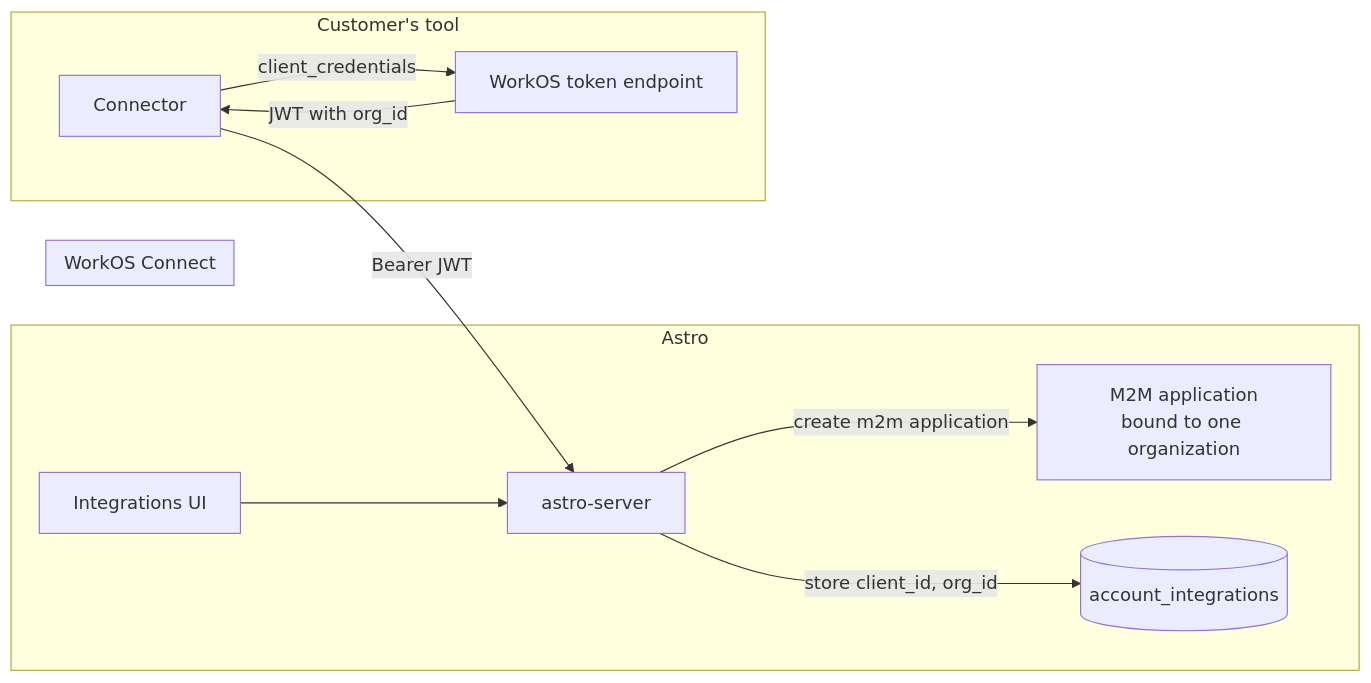
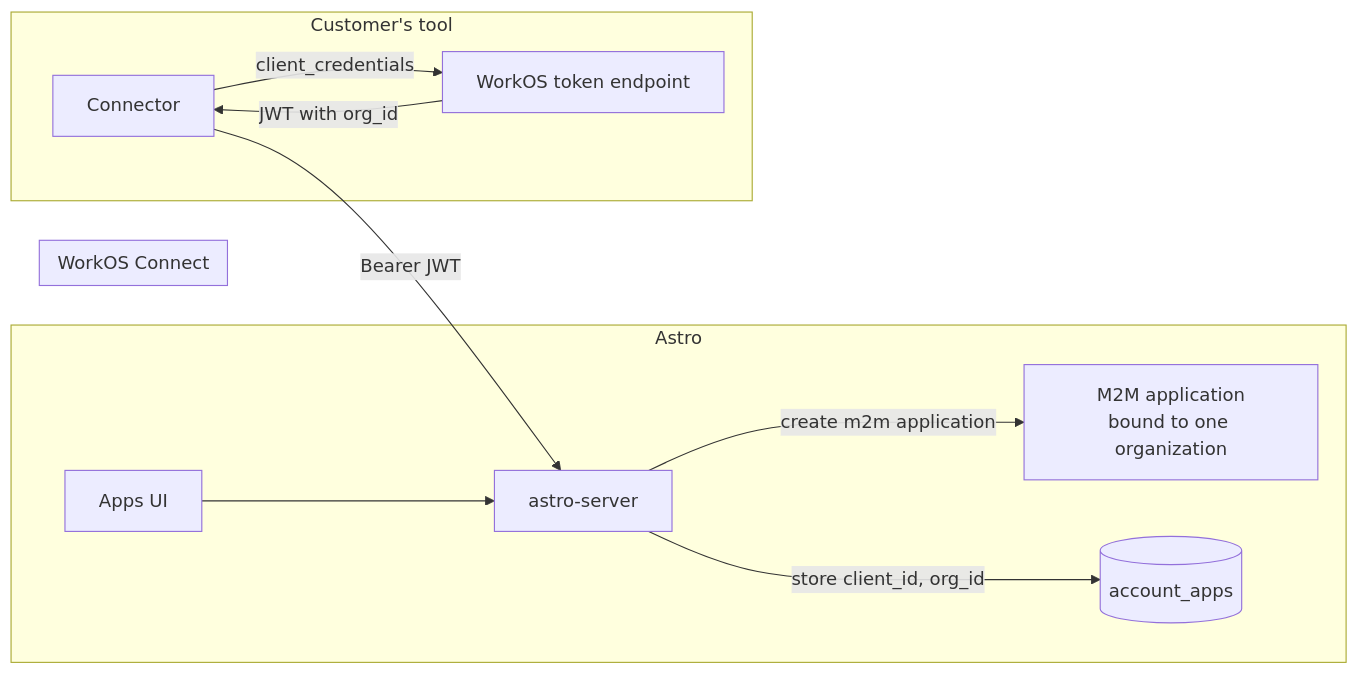
The first of 2 diagrams in docs/01-spec/machine-credentials-spec.md (astropods/astro-cli), drawn with Mermaid before and after one commit. The commit also changed other lines of this file, not shown here.

First line of the commit message:
docs(spec): call them apps rather than integrations

````diff
--- a/docs/01-spec/machine-credentials-spec.md
+++ b/docs/01-spec/machine-credentials-spec.md
@@ -49,16 +49,16 @@
 ```mermaid
 flowchart LR
     subgraph astro["Astro"]
-        UI["Integrations UI"] --> API["astro-server"]
+        UI["Apps UI"] --> API["astro-server"]
         API -->|"create m2m application"| WOS
-        API -->|"store client_id, org_id"| DB[("account_integrations")]
+        API -->|"store client_id, org_id"| DB[("account_apps")]
     end
     subgraph workos["WorkOS Connect"]
         WOS["M2M application<br/>bound to one organization"]
     end
     subgraph tool["Customer's tool"]
         T["Connector"] -->|"client_credentials"| TOK["WorkOS token endpoint"]
         TOK -->|"JWT with org_id"| T
         T -->|"Bearer JWT"| API
     end
 ```
````
